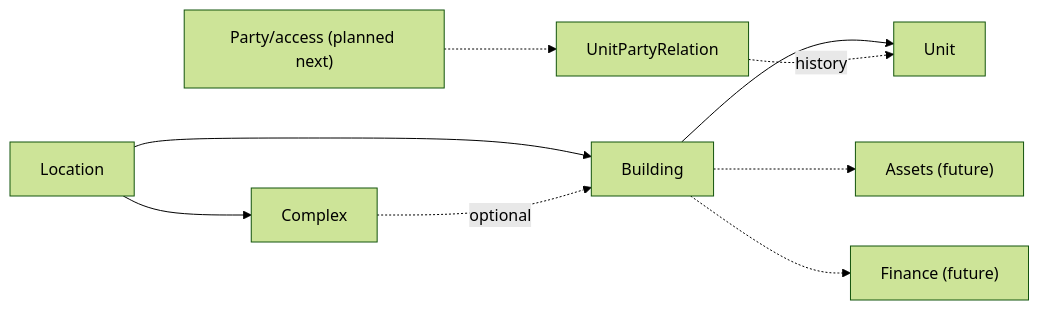
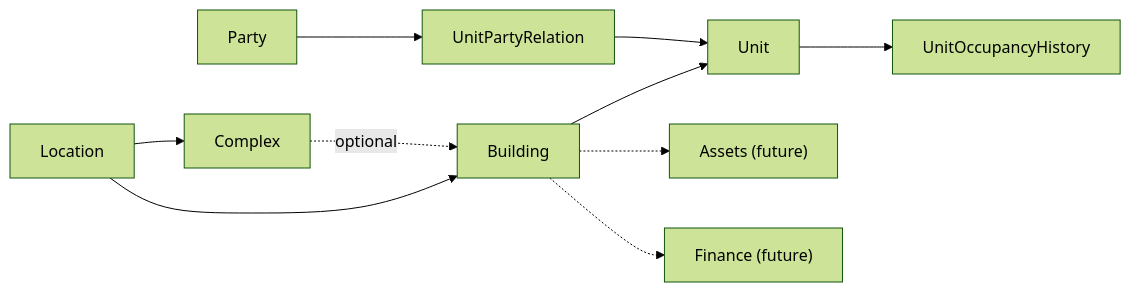
The diagram in docs/domain-overview.md (farshidbs/Building-Management-Backend), drawn with Mermaid (forest theme) before and after one commit. The commit also changed other lines of this file and 24 other files, not shown here.

Commit message:
feat: add party and unit occupancy foundation

````diff
--- a/docs/domain-overview.md
+++ b/docs/domain-overview.md
@@ -5,11 +5,12 @@
 ```mermaid
 flowchart LR
   Location --> Complex
   Location --> Building
   Complex -. optional .-> Building
   Building --> Unit
-  Party["Party/access (planned next)"] -.-> UnitPartyRelation
-  UnitPartyRelation -. history .-> Unit
+  Party --> UnitPartyRelation
+  UnitPartyRelation --> Unit
+  Unit --> UnitOccupancyHistory
   Building -.-> Assets["Assets (future)"]
   Building -.-> Finance["Finance (future)"]
 ```
````
